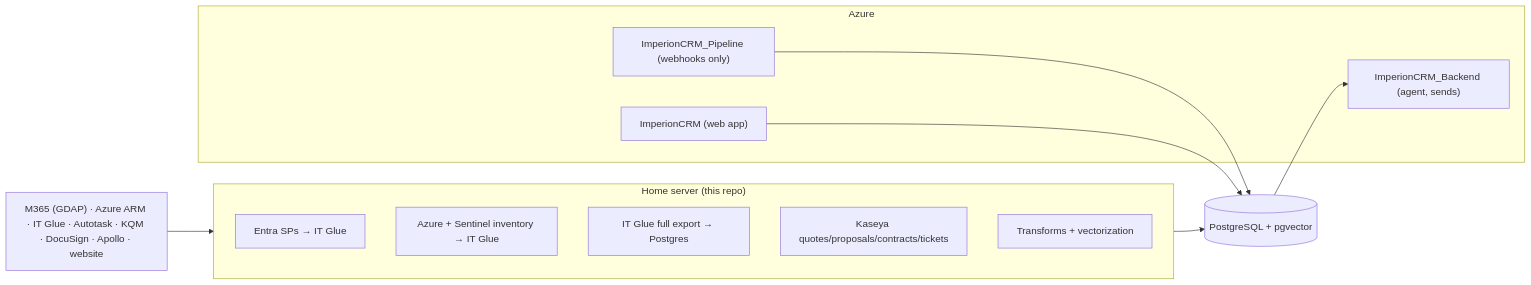
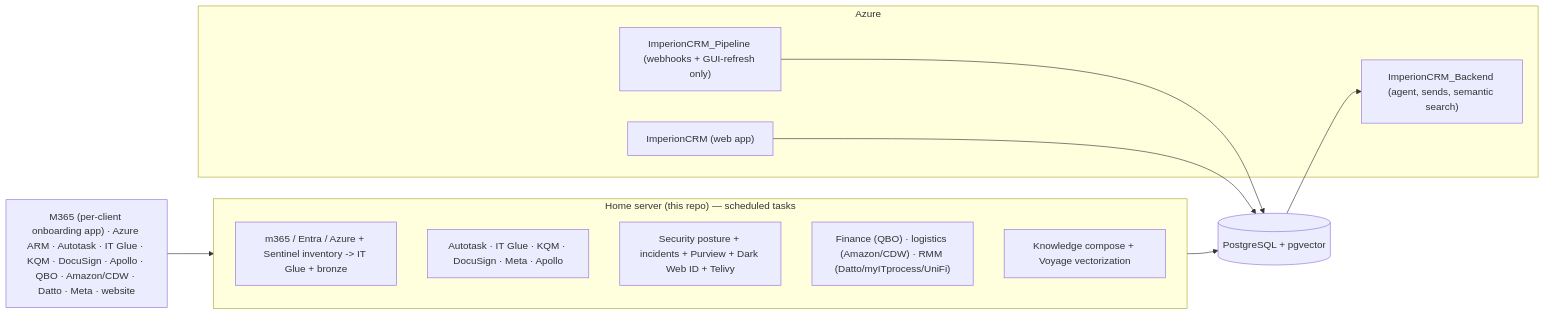
The diagram in docs/architecture/system-overview.md (markdconnelly/ImperionCRM_LocalPipelineEnrichment), drawn with Mermaid before and after one commit. The commit also changed other lines of this file and 11 other files, not shown here.

First line of the commit message:
docs: comprehensive documentation rewrite + architecture diagrams (#214)

````diff
--- a/docs/architecture/system-overview.md
+++ b/docs/architecture/system-overview.md
@@ -8,21 +10,21 @@
 ```mermaid
 flowchart LR
     subgraph CLOUD["Azure"]
       FE["ImperionCRM (web app)"]
-      BE["ImperionCRM_Backend (agent, sends)"]
-      PL["ImperionCRM_Pipeline (webhooks only)"]
+      BE["ImperionCRM_Backend (agent, sends, semantic search)"]
+      PL["ImperionCRM_Pipeline (webhooks + GUI-refresh only)"]
     end
-    subgraph HOME["Home server (this repo)"]
-      T1["Entra SPs → IT Glue"]
-      T2["Azure + Sentinel inventory → IT Glue"]
-      T3["IT Glue full export → Postgres"]
-      T4["Kaseya quotes/proposals/contracts/tickets"]
-      T5["Transforms + vectorization"]
+    subgraph HOME["Home server (this repo) — scheduled tasks"]
+      T1["m365 / Entra / Azure + Sentinel inventory -> IT Glue + bronze"]
+      T2["Autotask · IT Glue · KQM · DocuSign · Meta · Apollo"]
+      T3["Security posture + incidents + Purview + Dark Web ID + Telivy"]
+      T4["Finance (QBO) · logistics (Amazon/CDW) · RMM (Datto/myITprocess/UniFi)"]
+      T5["Knowledge compose + Voyage vectorization"]
     end
-    SRC["M365 (GDAP) · Azure ARM · IT Glue · Autotask · KQM · DocuSign · Apollo · website"]
+    SRC["M365 (per-client onboarding app) · Azure ARM · Autotask · IT Glue · KQM · DocuSign · Apollo · QBO · Amazon/CDW · Datto · Meta · website"]
     SRC --> HOME
     HOME --> PG[("PostgreSQL + pgvector")]
     PL --> PG
     FE --> PG
     PG --> BE
 ```
````
